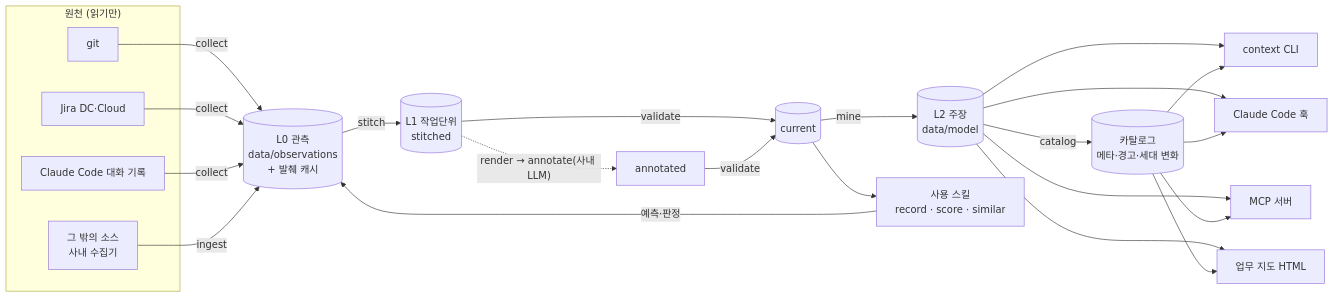
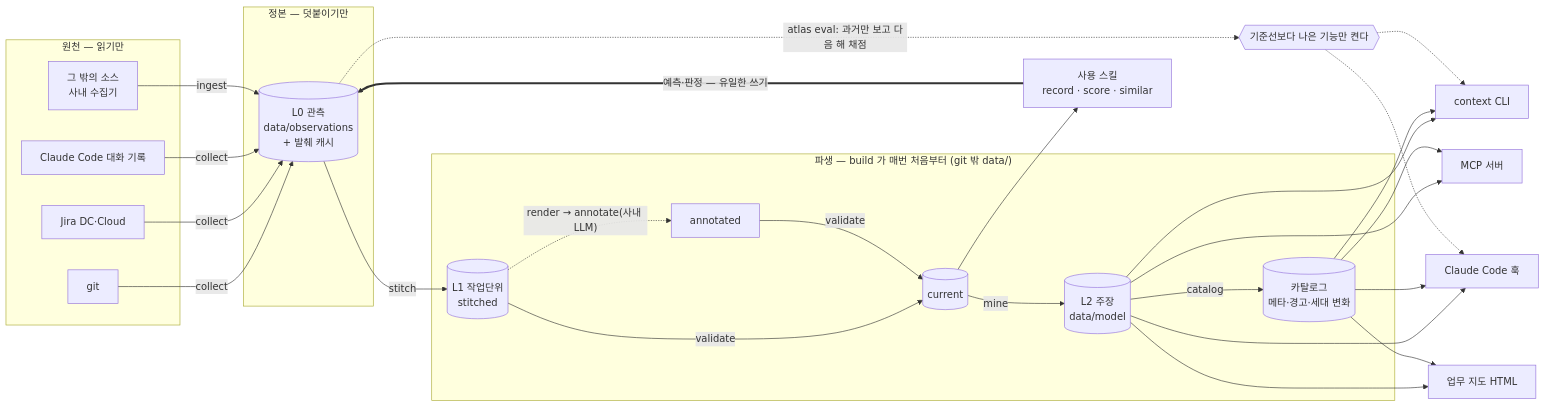
The first of 3 diagrams in ARCHITECTURE.md (d-j-lee/work-atlas), drawn with Mermaid before and after one commit. The commit also changed other lines of this file and 3 other files, not shown here.

First line of the commit message:
문서 그림: 정본·파생 경계와 평가 고리, 작업단위의 수명, 동기화 머지 판정, 도입 단계 (Mermaid)

````diff
--- a/ARCHITECTURE.md
+++ b/ARCHITECTURE.md
@@ -8,16 +8,28 @@
 ```mermaid
 flowchart LR
-  subgraph SRC["원천 (읽기만)"]
+  subgraph SRC["원천 — 읽기만"]
     G[git] & J[Jira DC·Cloud] & CC[Claude Code 대화 기록] & X[그 밖의 소스<br/>사내 수집기]
+  end
+  subgraph CANON["정본 — 덧붙이기만"]
+    L0[("L0 관측<br/>data/observations<br/>+ 발췌 캐시")]
+  end
+  subgraph DER["파생 — build 가 매번 처음부터 (git 밖 data/)"]
+    L1[("L1 작업단위<br/>stitched")]
+    AN[annotated]
+    CUR[("current")]
+    L2[("L2 주장<br/>data/model")]
+    META[("카탈로그<br/>메타·경고·세대 변화")]
   end
   G & J & CC -->|collect| L0
   X -->|ingest| L0
-  L0[("L0 관측<br/>data/observations<br/>+ 발췌 캐시")] -->|stitch| L1[("L1 작업단위<br/>stitched")]
-  L1 -.->|"render → annotate(사내 LLM)"| AN[annotated]
-  L1 & AN -->|validate| CUR[("current")]
-  CUR -->|mine| L2[("L2 주장<br/>data/model")]
-  L2 -->|catalog| META[("카탈로그<br/>메타·경고·세대 변화")]
+  L0 -->|stitch| L1
+  L1 -.->|"render → annotate(사내 LLM)"| AN
+  L1 & AN -->|validate| CUR
+  CUR -->|mine| L2
+  L2 -->|catalog| META
   L2 & META --> CTX[context CLI] & HK[Claude Code 훅] & MCP[MCP 서버] & RP[업무 지도 HTML]
   CUR --> SK[사용 스킬<br/>record · score · similar]
-  SK -->|예측·판정| L0
+  SK ==>|"예측·판정 — 유일한 쓰기"| L0
+  L0 -.->|"atlas eval: 과거만 보고 다음 해 채점"| EV{{"기준선보다 나은 기능만 켠다"}}
+  EV -.-> CTX & HK
 ```
````
